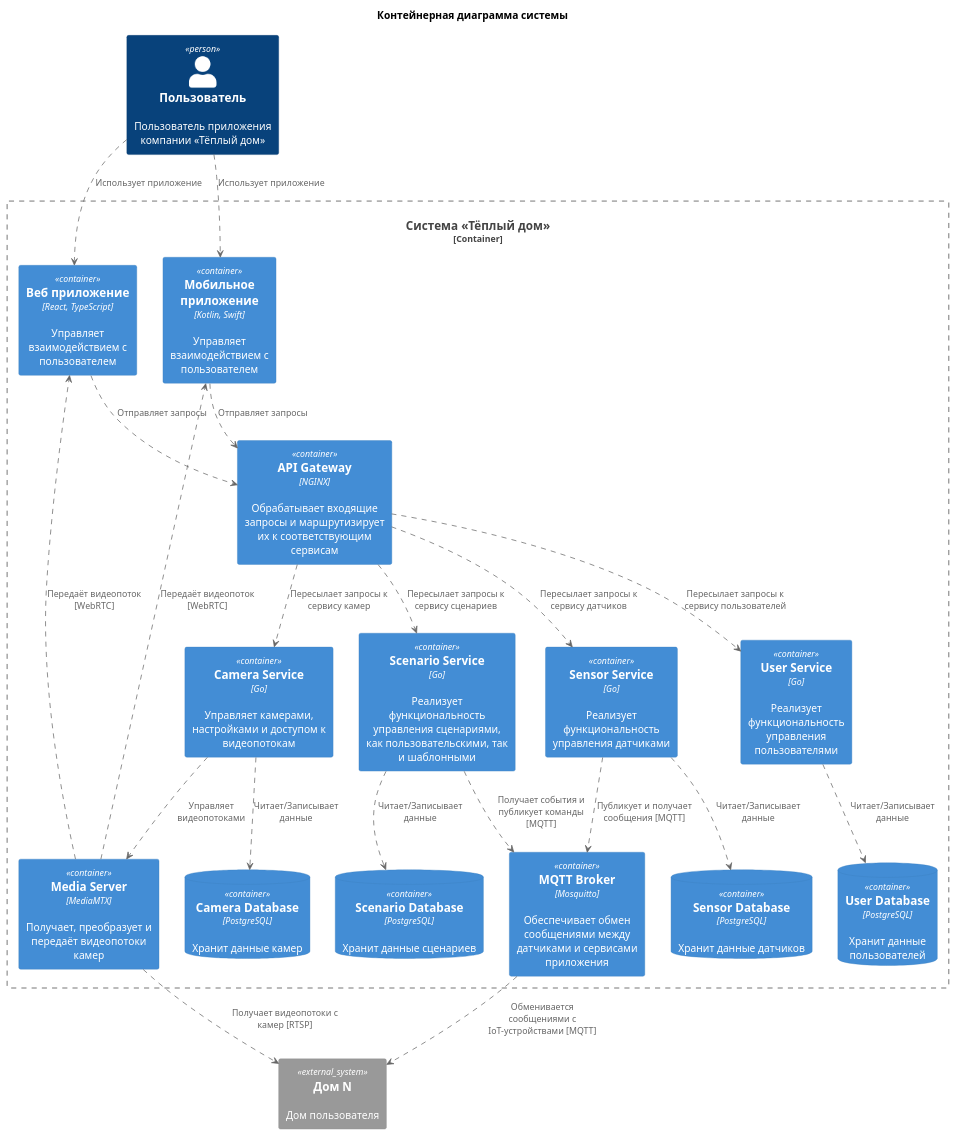
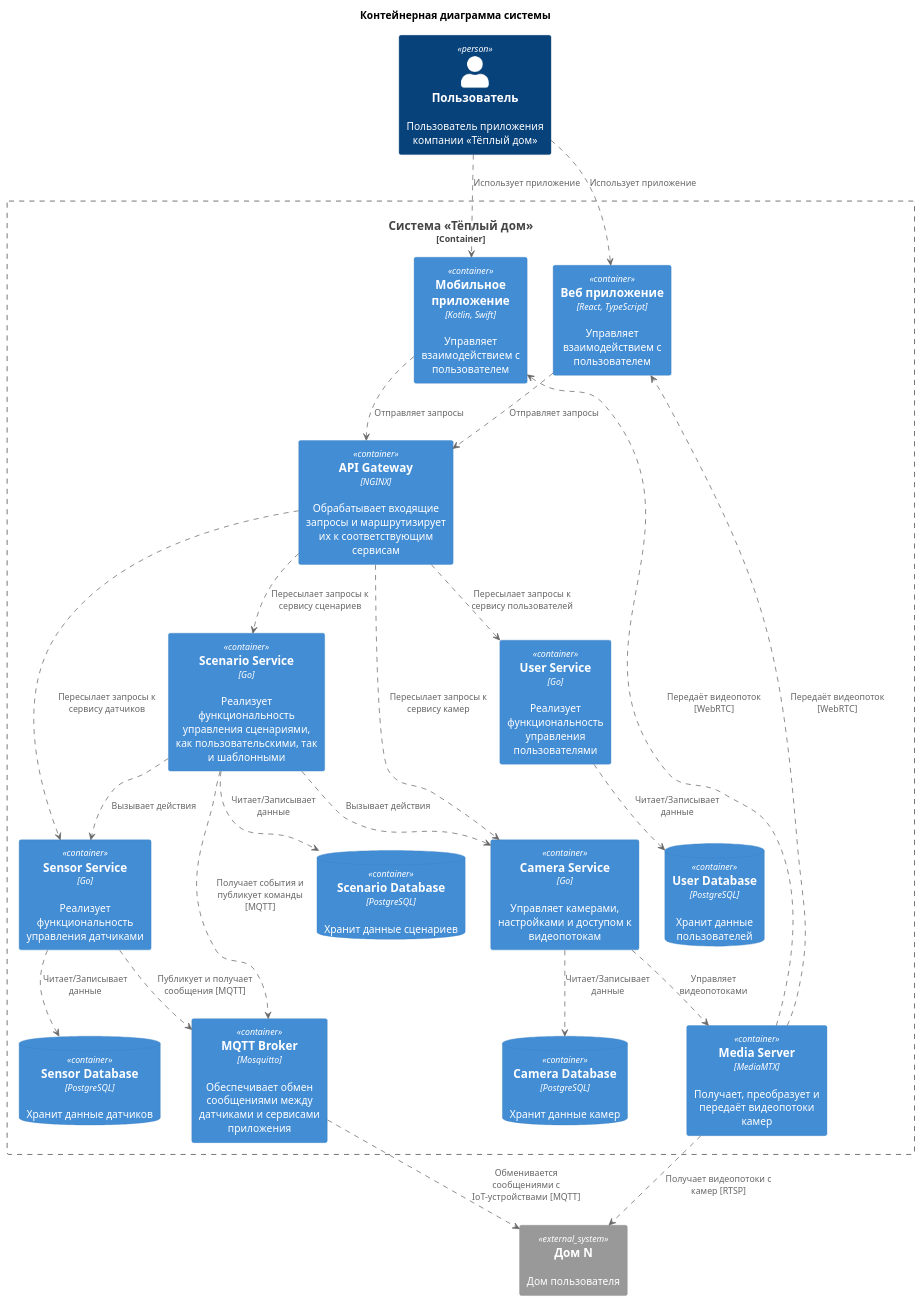
The diagram in diagrams/container/container.puml (PAKETIKk/architecture-warmhouse), drawn with PlantUML before and after one commit. The commit also changed 5 other files, not shown here.

Commit message:
Изменения для работы с UML, изменения container.uml

```diff
--- a/diagrams/container/container.puml
+++ b/diagrams/container/container.puml
@@ -1,57 +1,61 @@
 @startuml
 title Контейнерная диаграмма системы
-!includeurl https://raw.githubusercontent.com/RicardoNiepel/C4-PlantUML/master/C4_Container.puml
+!includeurl ../../uml-lib/C4_Container.puml
 ' Пользователи
 Person(user, "Пользователь", 'Пользователь приложения компании «Тёплый дом»')
 ' Система
 Container_Boundary(system, "Система «Тёплый дом»") {
 ' Мобильное, веб приложения и API Gateway
   Container(WebApp, "Веб приложение", "React, TypeScript", "Управляет взаимодействием с пользователем")
   Container(MobileApp, "Мобильное приложение", "Kotlin, Swift", "Управляет взаимодействием с пользователем")
   Container(ApiGateway, "API Gateway", "NGINX", "Обрабатывает входящие запросы и маршрутизирует их к соответствующим сервисам")
 ' Сервисы приложения
   Container(SensorService, "Sensor Service", "Go", "Реализует функциональность управления датчиками")
   Container(UserService, "User Service", "Go", "Реализует функциональность управления пользователями")
   Container(ScenarioService, "Scenario Service", "Go", "Реализует функциональность управления сценариями, как пользовательскими, так и шаблонными")
   Container(CameraService, "Camera Service", "Go", "Управляет камерами, настройками и доступом к видеопотокам")
   Container(MediaServer, "Media Server", "MediaMTX", "Получает, преобразует и передаёт видеопотоки камер")
 ' MQTT брокер
   Container(MqttBroker, "MQTT Broker", "Mosquitto", "Обеспечивает обмен сообщениями между датчиками и сервисами приложения")
 ' СУБД
   ContainerDb(UserDatabase, "User Database", "PostgreSQL", "Хранит данные пользователей")
   ContainerDb(SensorDatabase, "Sensor Database", "PostgreSQL", "Хранит данные датчиков")
   ContainerDb(CameraDatabase, "Camera Database", "PostgreSQL", "Хранит данные камер")
   ContainerDb(ScenarioDatabase, "Scenario Database", "PostgreSQL", "Хранит данные сценариев")
 }
 ' Внешние системы
 System_Ext(home, "Дом N", 'Дом пользователя')
 ' Взаимодействия пользователя
 user ..> WebApp : "Использует приложение"
 user ..> MobileApp : "Использует приложение"
 ' Взаимодействия приложений
 WebApp ..> ApiGateway : "Отправляет запросы"
 MobileApp ..> ApiGateway : "Отправляет запросы"
 ' Взаимодействия ApiGateway
 ApiGateway ..> SensorService : "Пересылает запросы к сервису датчиков"
 ApiGateway ..> CameraService : "Пересылает запросы к сервису камер"
 ApiGateway ..> UserService : "Пересылает запросы к сервису пользователей"
 ApiGateway ..> ScenarioService : "Пересылает запросы к сервису сценариев"
 ' Взаимодействия сервисов с базой данных
 SensorService ..> SensorDatabase : "Читает/Записывает данные"
 CameraService ..> CameraDatabase : "Читает/Записывает данные"
 UserService ..> UserDatabase : "Читает/Записывает данные"
 ScenarioService ..> ScenarioDatabase : "Читает/Записывает данные"
 ' Взаимодействия сервисов
 MediaServer ..> WebApp : "Передаёт видеопоток [WebRTC]"
 MediaServer ..> MobileApp : "Передаёт видеопоток [WebRTC]"
 SensorService ..> MqttBroker : "Публикует и получает сообщения [MQTT]"
 CameraService ..> MediaServer : "Управляет видеопотоками"
 ScenarioService ..> MqttBroker : "Получает события и публикует команды [MQTT]"
+ScenarioService ..> SensorService : "Вызывает действия"
+ScenarioService ..> CameraService : "Вызывает действия"
 ' Взаимодействия MQTT брокер
 MqttBroker ..> home : "Обменивается сообщениями с IoT-устройствами [MQTT]"
 MediaServer ..> home : "Получает видеопотоки с камер [RTSP]"
 ' Подсказка для рендера
 user -[hidden]down-> MobileApp
 MobileApp -[hidden]down-> ApiGateway
 WebApp -[hidden]left-> MobileApp
+
+ApiGateway -[hidden]down-> ScenarioService
 @enduml
```
